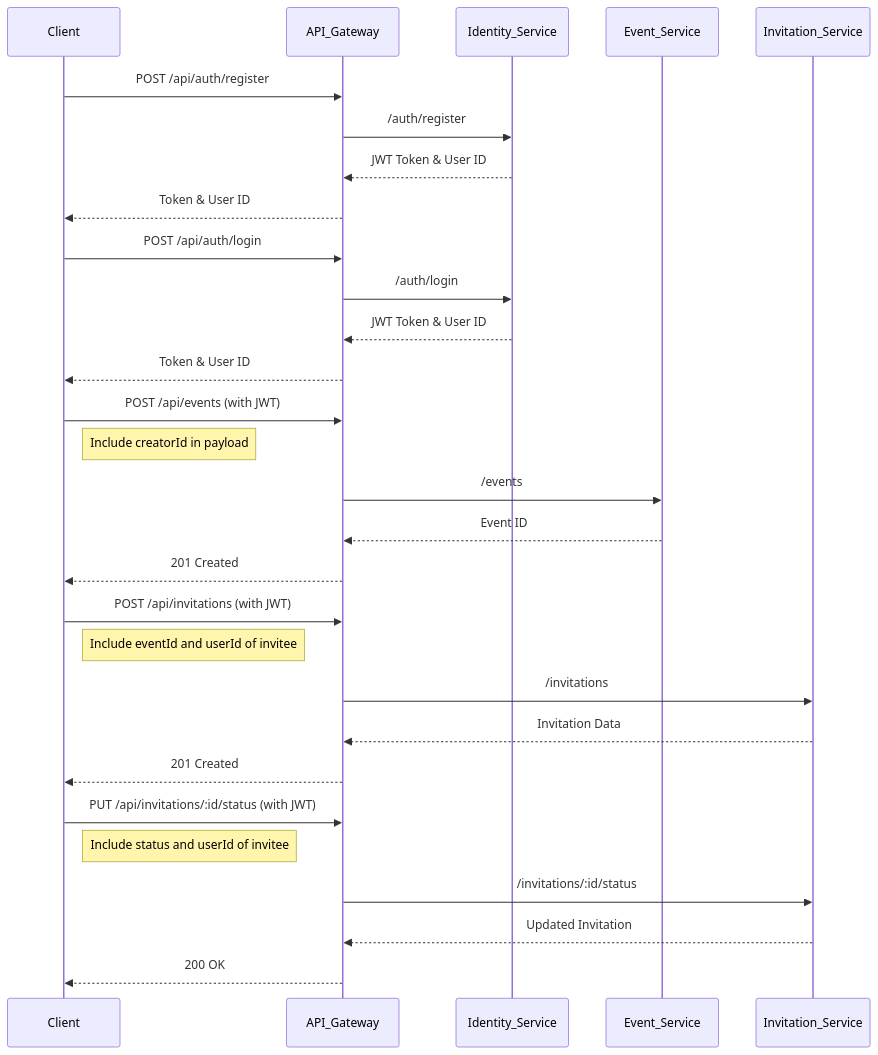
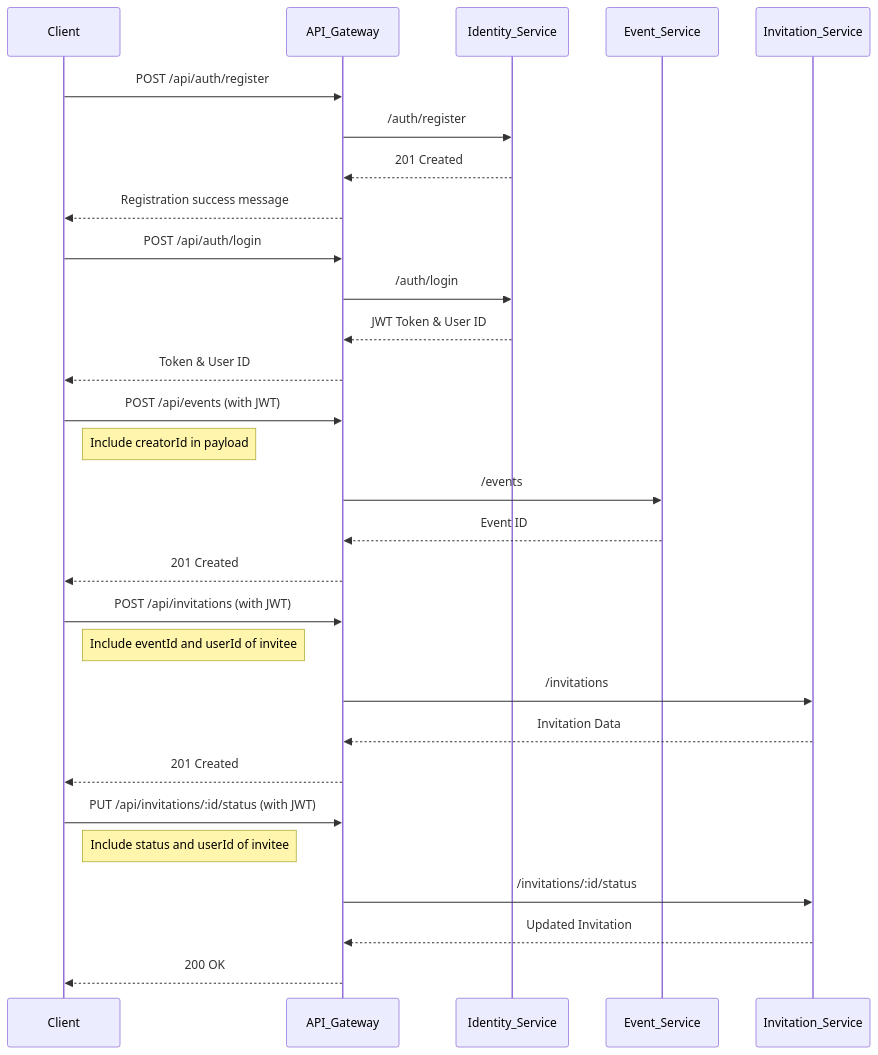
One commit to eugenetedkim/olive-table changed the second of 2 diagrams in README.md. Above: the diagram before and after it, drawn with Mermaid.

````diff
--- a/README.md
+++ b/README.md
@@ -280,41 +280,41 @@
 ```mermaid
 sequenceDiagram
     participant Client
     participant API_Gateway
     participant Identity_Service
     participant Event_Service
     participant Invitation_Service
 
-    %% User Registration
+    %% User Registration (now just creates user)
     Client->>API_Gateway: POST /api/auth/register
     API_Gateway->>Identity_Service: /auth/register
-    Identity_Service-->>API_Gateway: JWT Token & User ID
-    API_Gateway-->>Client: Token & User ID
+    Identity_Service-->>API_Gateway: 201 Created
+    API_Gateway-->>Client: Registration success message
     
-    %% User Login (separate operation, could be done later)
+    %% User Login (needed to get JWT)
     Client->>API_Gateway: POST /api/auth/login
     API_Gateway->>Identity_Service: /auth/login
     Identity_Service-->>API_Gateway: JWT Token & User ID
     API_Gateway-->>Client: Token & User ID
     
     %% Event Creation (requires authentication)
     Client->>API_Gateway: POST /api/events (with JWT)
     Note right of Client: Include creatorId in payload
     API_Gateway->>Event_Service: /events
     Event_Service-->>API_Gateway: Event ID
     API_Gateway-->>Client: 201 Created
     
     %% Send Invitation (requires authentication)
     Client->>API_Gateway: POST /api/invitations (with JWT)
     Note right of Client: Include eventId and userId of invitee
     API_Gateway->>Invitation_Service: /invitations
     Invitation_Service-->>API_Gateway: Invitation Data
     API_Gateway-->>Client: 201 Created
     
     %% Update RSVP Status (requires authentication)
     Client->>API_Gateway: PUT /api/invitations/:id/status (with JWT)
     Note right of Client: Include status and userId of invitee
     API_Gateway->>Invitation_Service: /invitations/:id/status
     Invitation_Service-->>API_Gateway: Updated Invitation
     API_Gateway-->>Client: 200 OK
 ```
````
